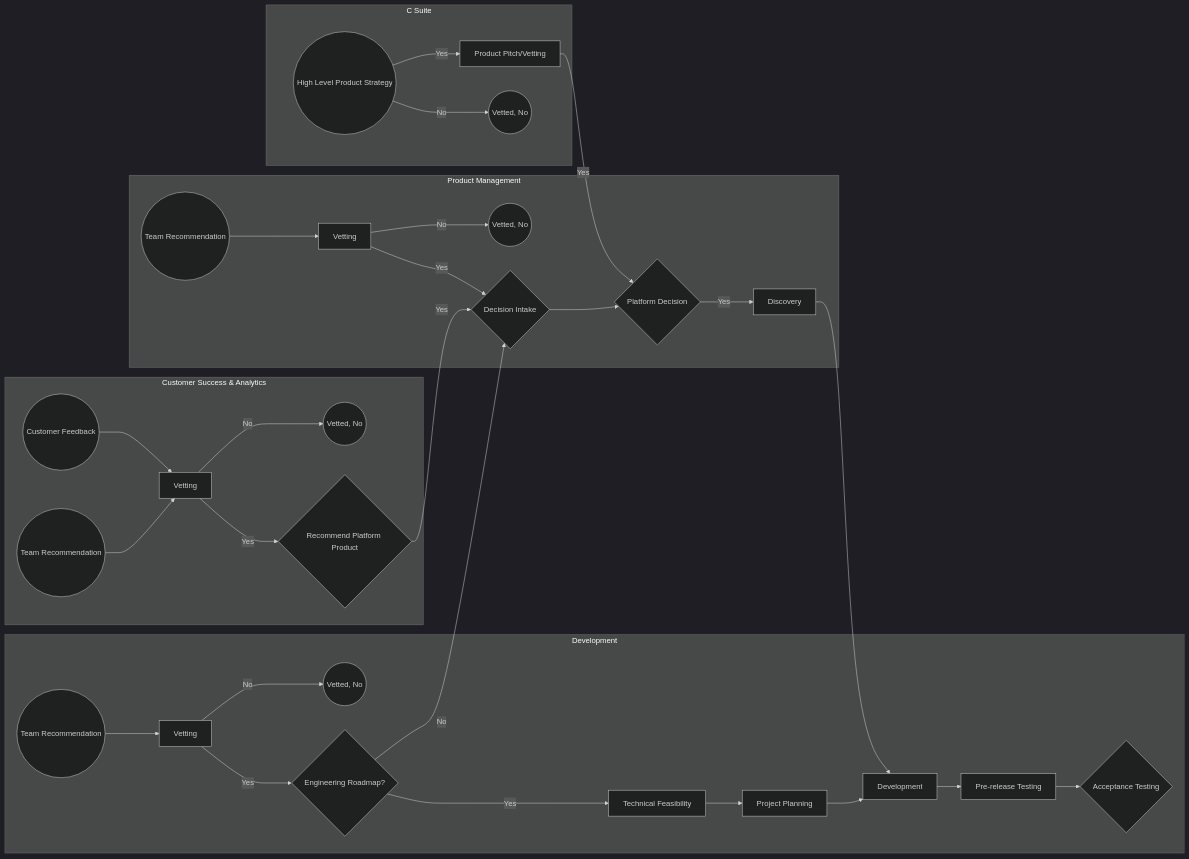
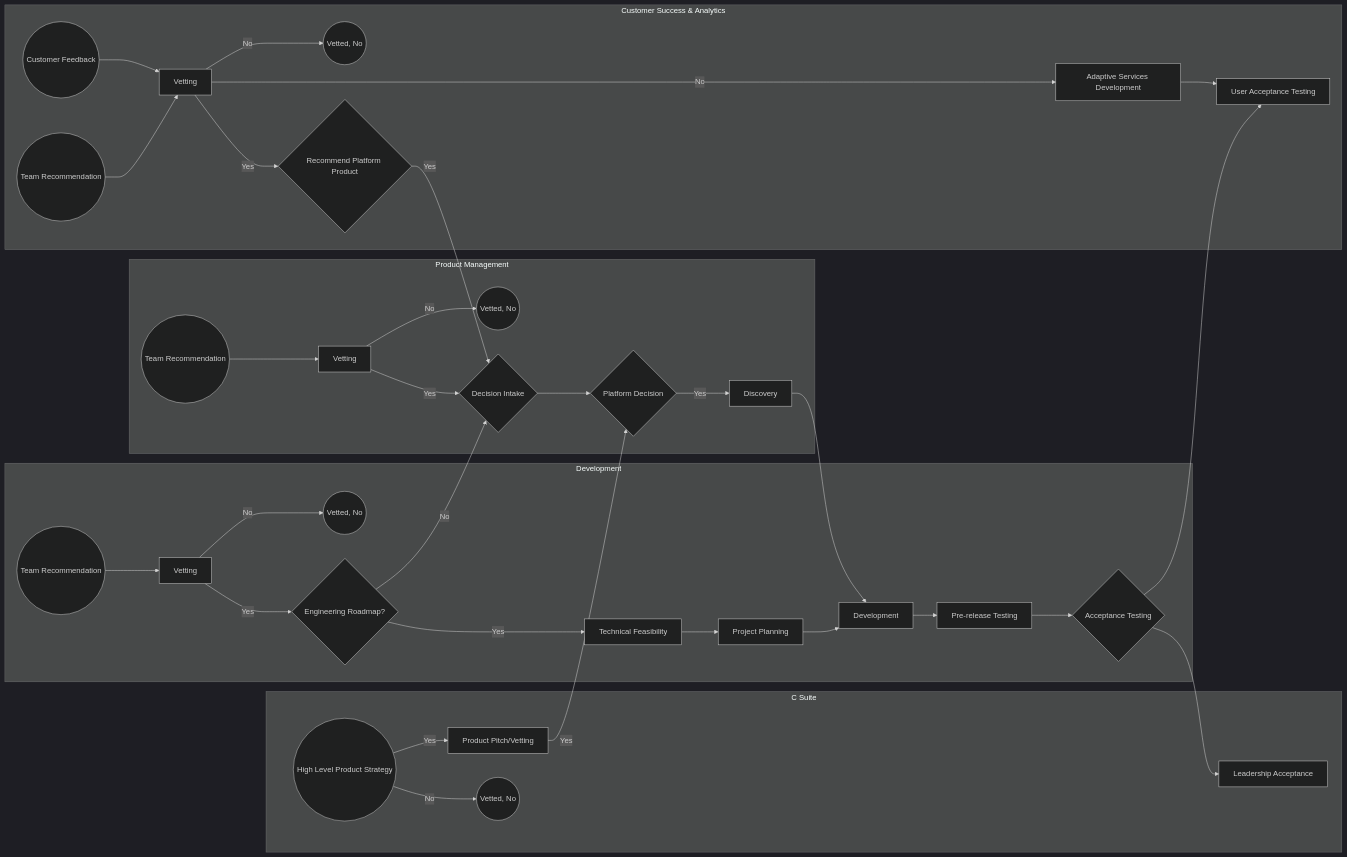
One commit to JaimieLD/portfolio changed the diagram in in_progress_documentation/sdlc.md. Above: the diagram before and after it, drawn with Mermaid (dark theme).

Commit message:
Update sdlc.md
Continued to build out Mermaid flowchart

````diff
--- a/in_progress_documentation/sdlc.md
+++ b/in_progress_documentation/sdlc.md
@@ -3,67 +3,76 @@
 ```mermaid
+
+%% last used ID = id26
 
 flowchart LR
 
 subgraph C Suite
 id01((High Level Product Strategy))
 id04[Product Pitch/Vetting]
 id14((Vetted, No))
+id26[Leadership Acceptance]
 end
 
 id01 --"No"--> id14
 id01 --"Yes"--> id04
 id04 --"Yes"--> id12
+id23 --> id26
 
 subgraph Customer Success & Analytics
 id02((Customer Feedback))
 id03((Team Recommendation))
 id05[Vetting]
 id06((Vetted, No))
 id07{Recommend Platform Product}
+id24[Adaptive Services Development]
+id25[User Acceptance Testing]
 end
 
 id02 --> id05
 id03 --> id05
 id05 --"No"--> id06
 id05 --"Yes"--> id07
+id05 --"No"--> id24
+id24 --> id25
+id23 --> id25
 
 subgraph Product Management
 id08((Team Recommendation))
 id09[Vetting]
 id10((Vetted, No))
 id11{Decision Intake}
 id12{Platform Decision}
 id13[Discovery]
 end
 
 id08 --> id09
 id09 --"No"--> id10
 id09 --"Yes"--> id11
 id07 --"Yes"--> id11
 id11 --> id12
 id12 --"Yes"--> id13
 id13 --> id21
 
 subgraph Development
 id15((Team Recommendation))
 id16[Vetting]
 id17((Vetted, No))
 id18{Engineering Roadmap?}
 id19[Technical Feasibility]
 id20[Project Planning]
 id21[Development]
 id22[Pre-release Testing]
 id23{Acceptance Testing}
 end
 
 id15 --> id16
 id16 --"No"--> id17
 id16 --"Yes"--> id18
 id18 --"No"--> id11
 id18 --"Yes"--> id19
 id19 --> id20
 id20 --> id21
 id21 --> id22
 id22 --> id23
 
 ```
````
